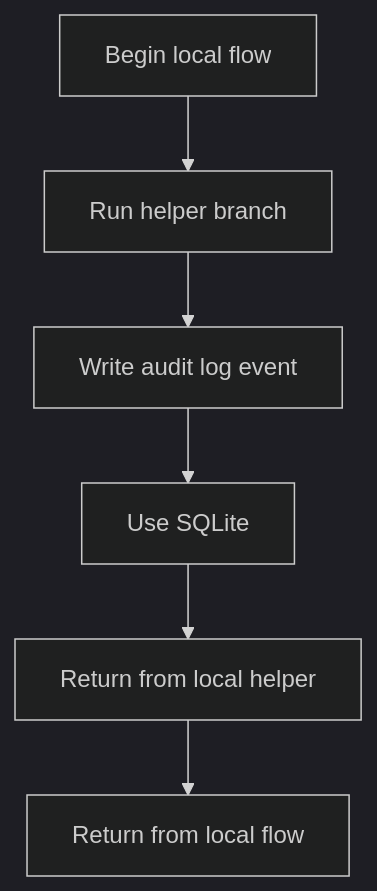
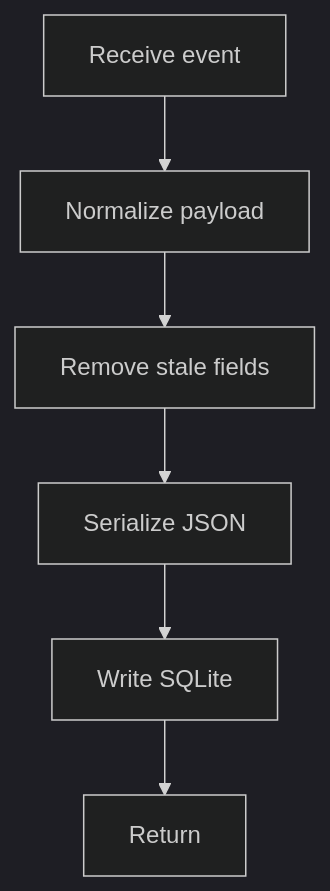
One commit to JohnAndrewBalbarosa/NeoTerritory changed the diagram in docs/Codebase/Backend/src/services/logService.js.md. Above: the diagram before and after it, drawn with Mermaid (dark theme). The commit also changed other lines of this file and 25 other files, not shown here.

First line of the commit message:
Update docs for live class-analysis flow

````diff
--- a/docs/Codebase/Backend/src/services/logService.js.md
+++ b/docs/Codebase/Backend/src/services/logService.js.md
@@ -21,14 +23,14 @@
 ```mermaid
 flowchart TD
-    Start["Begin local flow"]
-    N0["Run helper branch"]
-    N1["Write audit log event"]
-    N2["Use SQLite"]
-    N3["Return from local helper"]
-    End["Return from local flow"]
+    Start["Receive event"]
+    N0["Normalize payload"]
+    N1["Remove stale fields"]
+    N2["Serialize JSON"]
+    N3["Write SQLite"]
+    End["Return"]
     Start --> N0
     N0 --> N1
     N1 --> N2
     N2 --> N3
     N3 --> End
 ```
````
